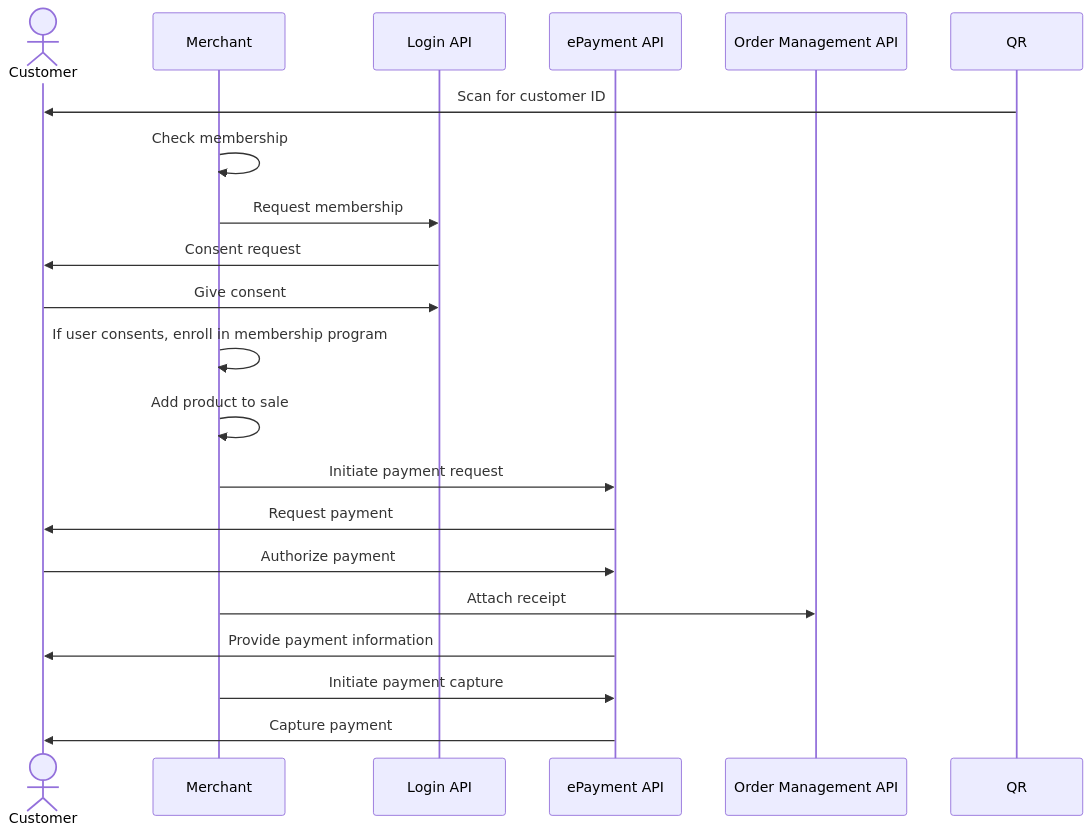
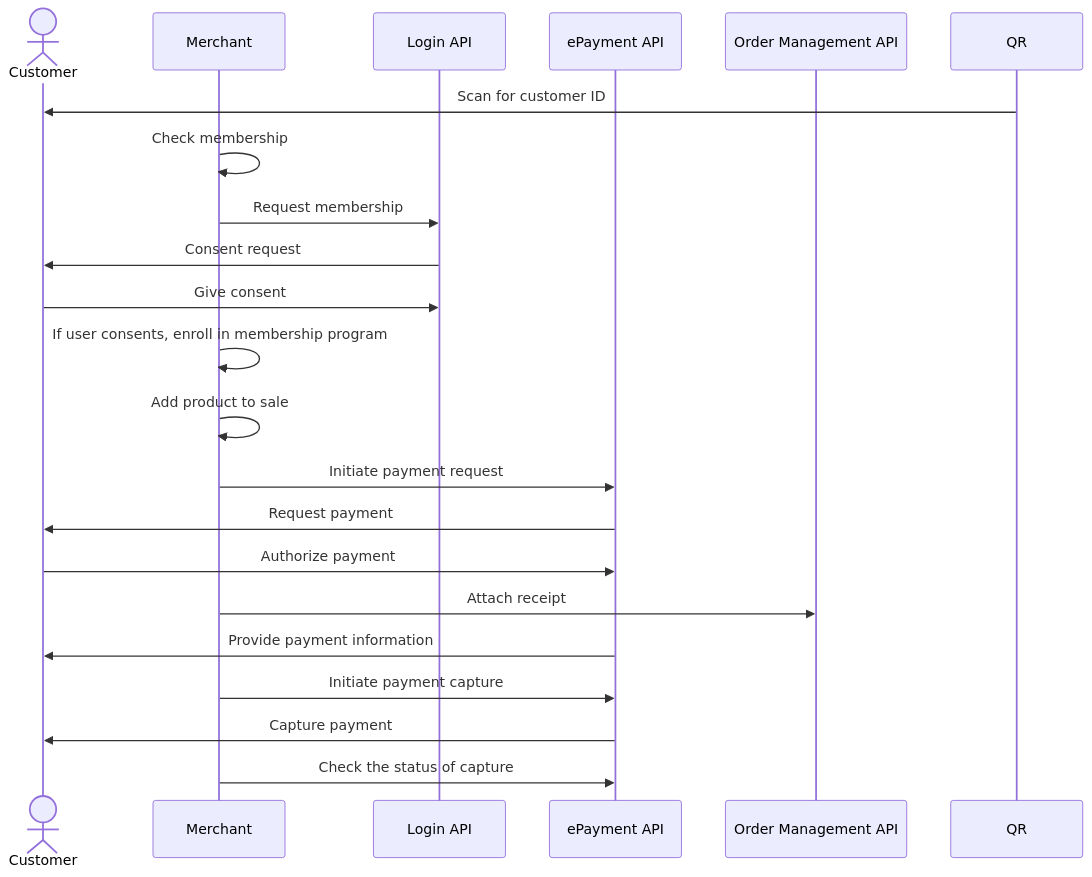
One commit to vippsas/vipps-solutions changed the diagram in loyalty-in-pos/README.md. Above: the diagram before and after it, drawn with Mermaid. The commit also changed other lines of this file and 18 other files, not shown here.

````diff
--- a/loyalty-in-pos/README.md
+++ b/loyalty-in-pos/README.md
@@ -156,23 +184,24 @@
 ``` mermaid
 sequenceDiagram
     actor C as Customer
     participant M as Merchant
     participant login as Login API
     participant ePayment as ePayment API
     participant ordermanagement as Order Management API
 
     QR->>C: Scan for customer ID
     M->>M: Check membership
     M->>login: Request membership
     login->>C: Consent request
     C->>login: Give consent
     M->>M: If user consents, enroll in membership program
     M->>M: Add product to sale
     M->>ePayment: Initiate payment request
     ePayment->>C: Request payment
     C->>ePayment: Authorize payment
     M->> ordermanagement: Attach receipt
     ePayment->>C: Provide payment information
     M->>ePayment: Initiate payment capture
     ePayment->>C: Capture payment
+    M->>ePayment: Check the status of capture
 ```
````
